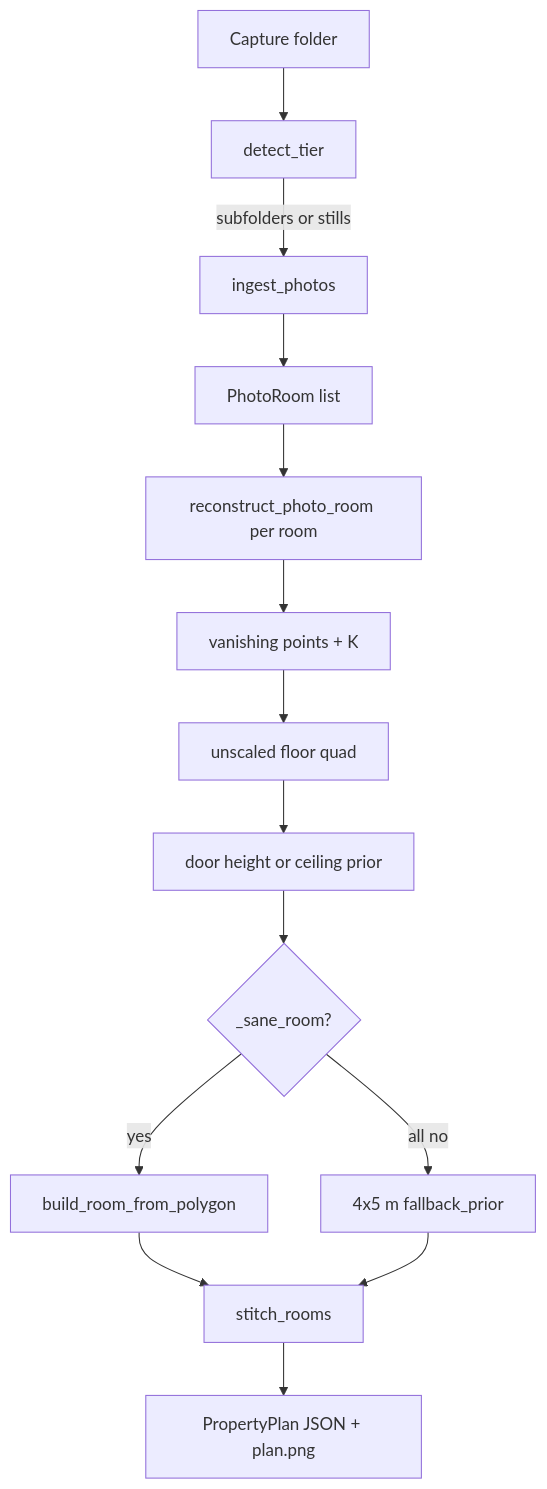
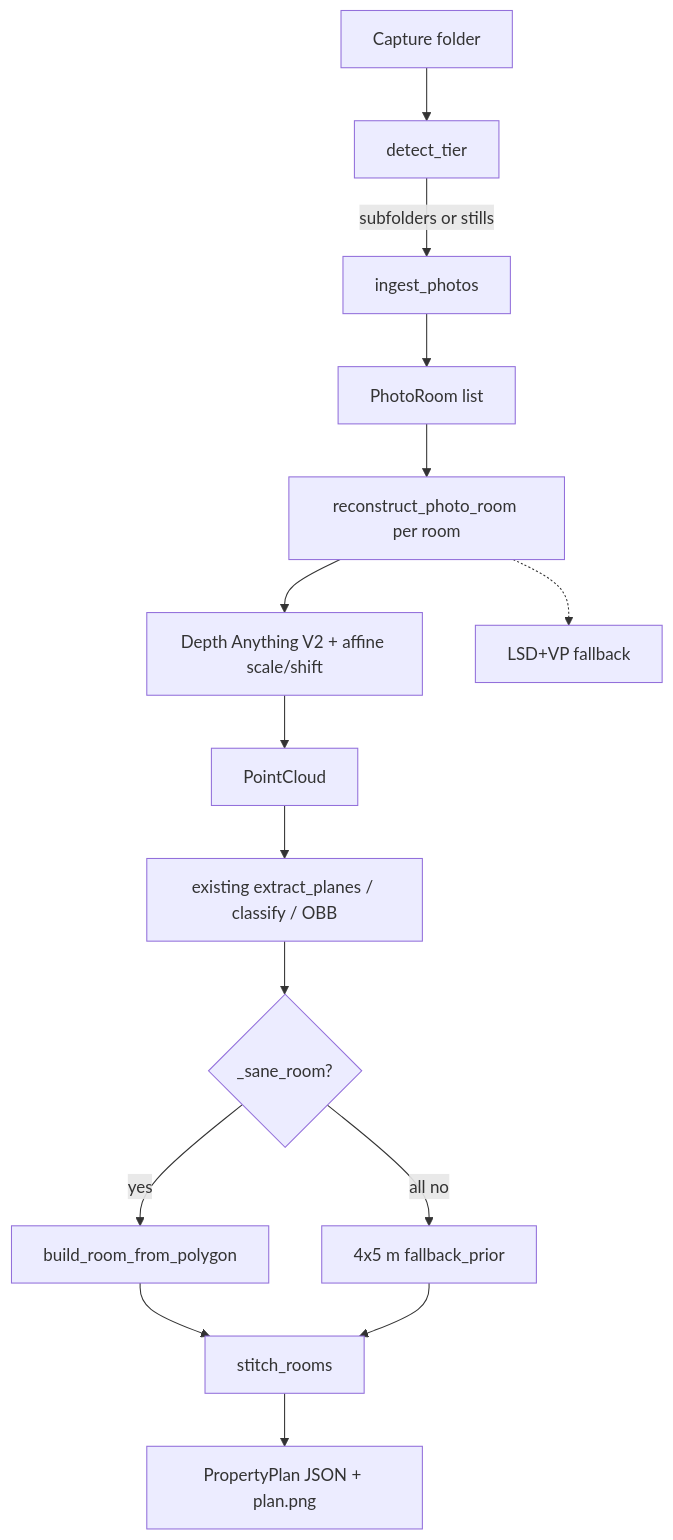
The diagram in reports/photo_tier_plan_and_implementation.md (Nikhil7174/floorplan), drawn with Mermaid before and after one commit. The commit also changed other lines of this file and 3 other files, not shown here.

````diff
--- a/reports/photo_tier_plan_and_implementation.md
+++ b/reports/photo_tier_plan_and_implementation.md
@@ -41,16 +41,17 @@
 ```mermaid
 flowchart TD
   folder[Capture folder] --> detect[detect_tier]
   detect -->|subfolders or stills| ingest[ingest_photos]
   ingest --> rooms[PhotoRoom list]
   rooms --> recon[reconstruct_photo_room per room]
-  recon --> vp[vanishing points + K]
-  vp --> floor[unscaled floor quad]
-  floor --> scale[door height or ceiling prior]
-  scale --> sane{_sane_room?}
+  recon --> depth[Depth Anything V2 + affine scale/shift]
+  depth --> cloud[PointCloud]
+  cloud --> ransac[existing extract_planes / classify / OBB]
+  ransac --> sane{_sane_room?}
+  recon -.-> vp[LSD+VP fallback]
   sane -->|yes| geom[build_room_from_polygon]
   sane -->|all no| prior[4x5 m fallback_prior]
   geom --> stitch[stitch_rooms]
   prior --> stitch
   stitch --> json[PropertyPlan JSON + plan.png]
 ```
````
